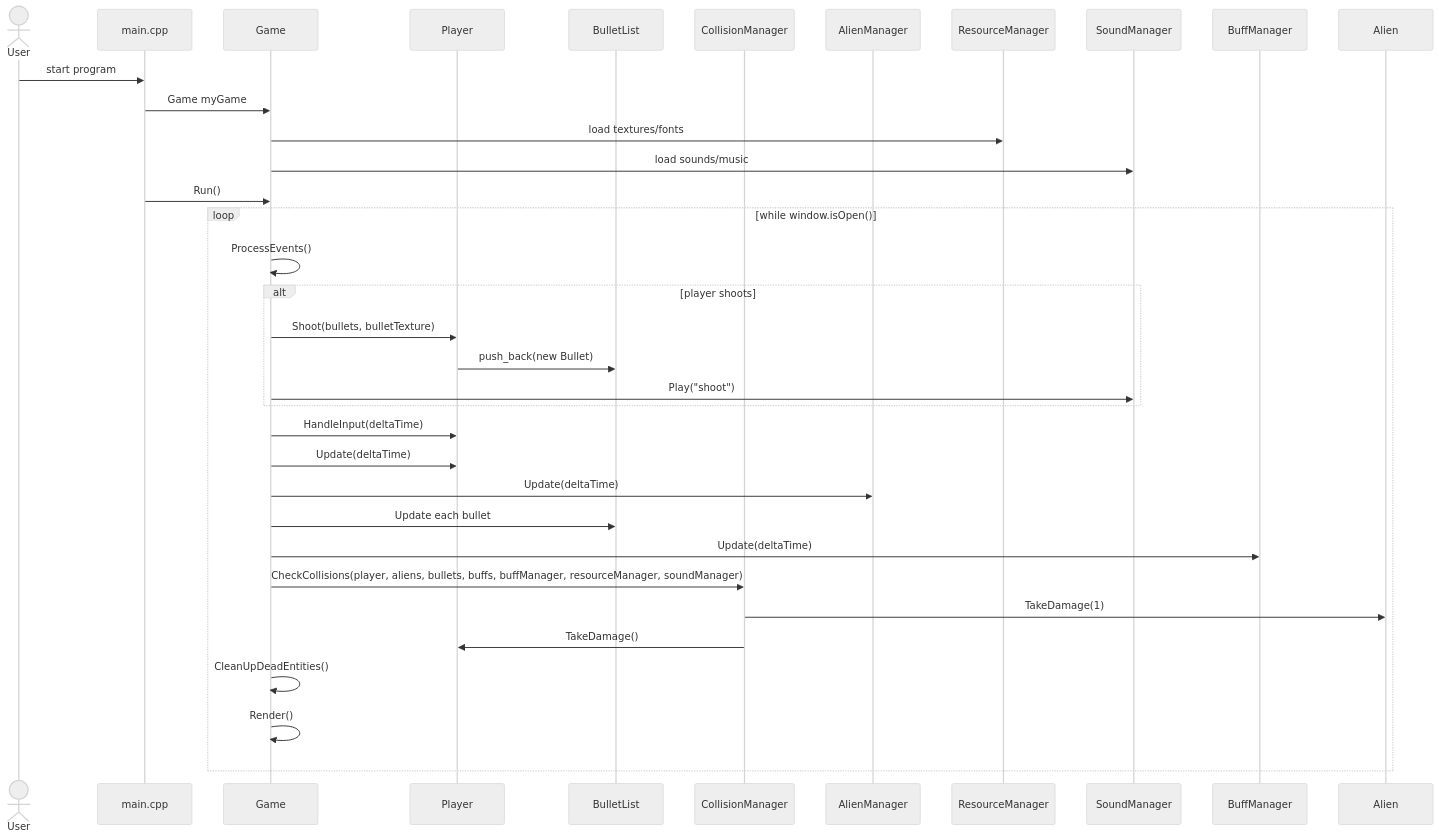
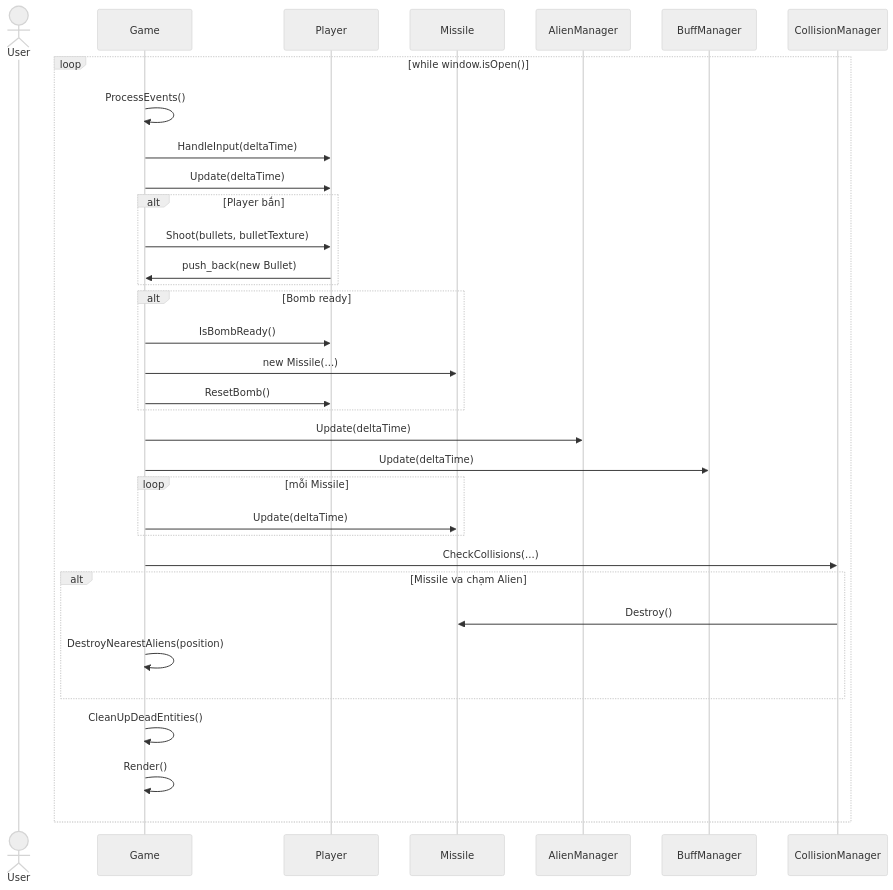
Before and after one commit to dnvinh2402/oop: the diagram in UML/sequence_diagrams.md, drawn with Mermaid (neutral theme). The commit also changed other lines of this file and 6 other files, not shown here.

````diff
--- a/UML/sequence_diagrams.md
+++ b/UML/sequence_diagrams.md
@@ -5,35 +5,45 @@
 ```mermaid
 sequenceDiagram
     actor User
-    participant Main as main.cpp
     participant Game
     participant Player
-    participant Bullets as BulletList
+    participant Missile
+    participant Aliens as AlienManager
+    participant BuffManager
     participant Collision as CollisionManager
-    participant Aliens as AlienManager
-
-    User ->> Main: start program
-    Main ->> Game: Game myGame
-    Game ->> ResourceManager: load textures/fonts
-    Game ->> SoundManager: load sounds/music
-    Main ->> Game: Run()
 
     loop while window.isOpen()
         Game ->> Game: ProcessEvents()
-        alt player shoots
-            Game ->> Player: Shoot(bullets, bulletTexture)
-            Player ->> Bullets: push_back(new Bullet)
-            Game ->> SoundManager: Play("shoot")
-        end
+
         Game ->> Player: HandleInput(deltaTime)
         Game ->> Player: Update(deltaTime)
+
+        alt Player bắn
+            Game ->> Player: Shoot(bullets, bulletTexture)
+            Player ->> Game: push_back(new Bullet)
+        end
+
+        alt Bomb ready
+            Game ->> Player: IsBombReady()
+            Game ->> Missile: new Missile(...)
+            Game ->> Player: ResetBomb()
+        end
+
         Game ->> Aliens: Update(deltaTime)
-        Game ->> Bullets: Update each bullet
         Game ->> BuffManager: Update(deltaTime)
-        Game ->> Collision: CheckCollisions(player, aliens, bullets, buffs, buffManager, resourceManager, soundManager)
-        Collision ->> Alien: TakeDamage(1)
-        Collision ->> Player: TakeDamage()
+
+        loop mỗi Missile
+            Game ->> Missile: Update(deltaTime)
+        end
+
+        Game ->> Collision: CheckCollisions(...)
+
+        alt Missile va chạm Alien
+            Collision ->> Missile: Destroy()
+            Game ->> Game: DestroyNearestAliens(position)
+        end
+
         Game ->> Game: CleanUpDeadEntities()
         Game ->> Game: Render()
     end
 ```
````
